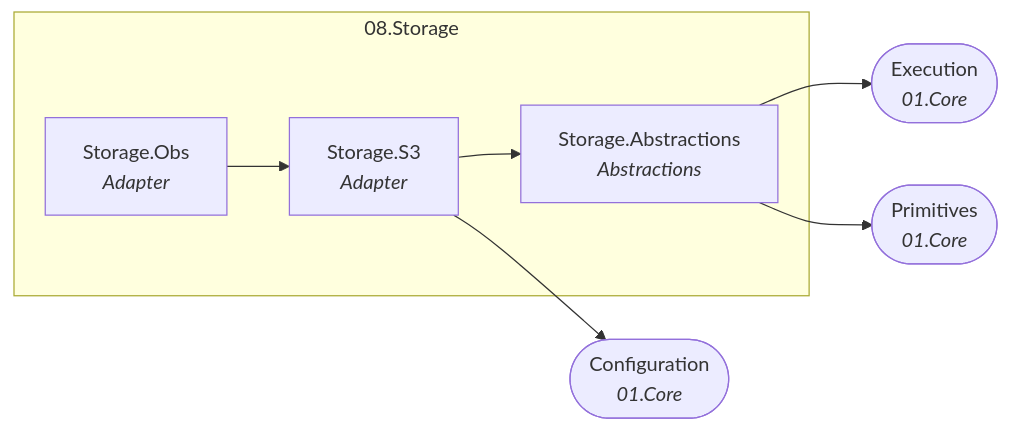
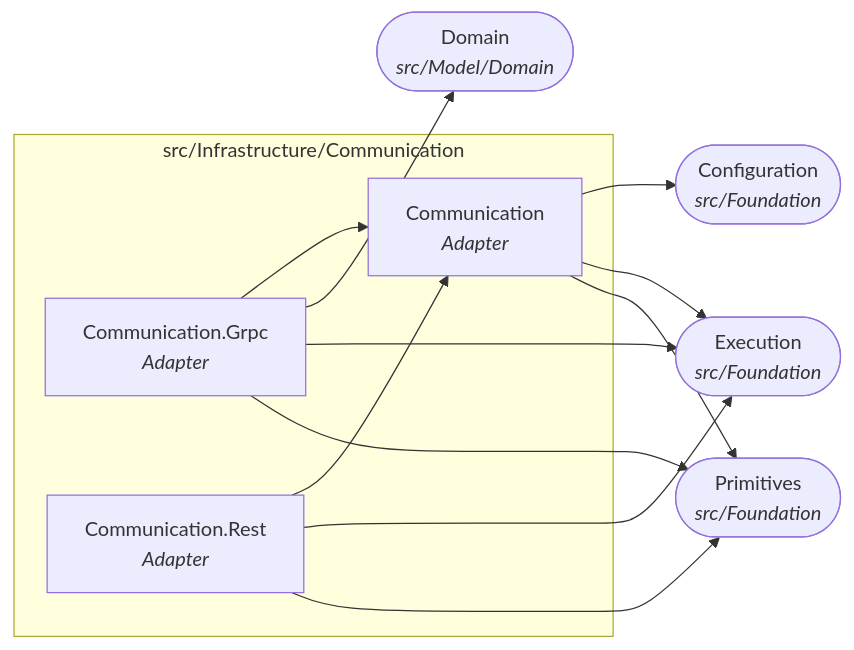
One commit to Gresta-Vertex-Labs/platform-shared-kernel changed the ninth of 22 diagrams in docs/dependency-graph.md. Above: the diagram before and after it, drawn with Mermaid. The commit also changed other lines of this file and 4053 other files, not shown here.

````diff
--- a/docs/dependency-graph.md
+++ b/docs/dependency-graph.md
@@ -315,16 +336,22 @@
 ```mermaid
 flowchart LR
-  subgraph folder_08_Storage["08.Storage"]
-    SharedKernel_Storage_Abstractions["Storage.Abstractions<br/><i>Abstractions</i>"]
-    SharedKernel_Storage_Obs["Storage.Obs<br/><i>Adapter</i>"]
-    SharedKernel_Storage_S3["Storage.S3<br/><i>Adapter</i>"]
+  subgraph folder_src_Infrastructure_Communication["src/Infrastructure/Communication"]
+    SharedKernel_Communication["Communication<br/><i>Adapter</i>"]
+    SharedKernel_Communication_Grpc["Communication.Grpc<br/><i>Adapter</i>"]
+    SharedKernel_Communication_Rest["Communication.Rest<br/><i>Adapter</i>"]
   end
-  SharedKernel_Configuration(["Configuration<br/><i>01.Core</i>"])
-  SharedKernel_Execution(["Execution<br/><i>01.Core</i>"])
-  SharedKernel_Primitives(["Primitives<br/><i>01.Core</i>"])
-  SharedKernel_Storage_Abstractions --> SharedKernel_Execution
-  SharedKernel_Storage_Abstractions --> SharedKernel_Primitives
-  SharedKernel_Storage_Obs --> SharedKernel_Storage_S3
-  SharedKernel_Storage_S3 --> SharedKernel_Configuration
-  SharedKernel_Storage_S3 --> SharedKernel_Storage_Abstractions
+  SharedKernel_Configuration(["Configuration<br/><i>src/Foundation</i>"])
+  SharedKernel_Domain(["Domain<br/><i>src/Model/Domain</i>"])
+  SharedKernel_Execution(["Execution<br/><i>src/Foundation</i>"])
+  SharedKernel_Primitives(["Primitives<br/><i>src/Foundation</i>"])
+  SharedKernel_Communication --> SharedKernel_Configuration
+  SharedKernel_Communication --> SharedKernel_Execution
+  SharedKernel_Communication --> SharedKernel_Primitives
+  SharedKernel_Communication_Grpc --> SharedKernel_Communication
+  SharedKernel_Communication_Grpc --> SharedKernel_Domain
+  SharedKernel_Communication_Grpc --> SharedKernel_Execution
+  SharedKernel_Communication_Grpc --> SharedKernel_Primitives
+  SharedKernel_Communication_Rest --> SharedKernel_Communication
+  SharedKernel_Communication_Rest --> SharedKernel_Execution
+  SharedKernel_Communication_Rest --> SharedKernel_Primitives
 ```
````
